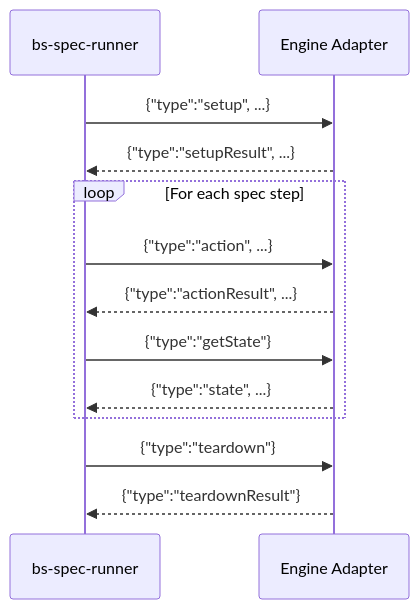
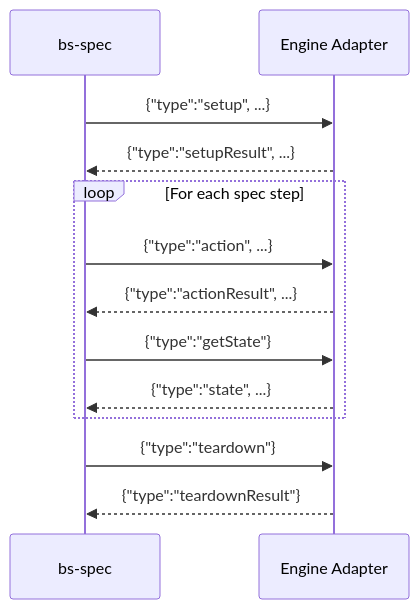
Before and after one commit to WarHub/battlescribe-spec: the diagram in docs/adapter-protocol.md, drawn with Mermaid. The commit also changed other lines of this file and 14 other files, not shown here.

First line of the commit message:
feat: delete bs-spec-runner; migrate consumers to bs-spec run --all (#271, PR 3/3) (#300)

````diff
--- a/docs/adapter-protocol.md
+++ b/docs/adapter-protocol.md
@@ -17,18 +17,18 @@
 ```mermaid
 sequenceDiagram
-    participant Runner as bs-spec-runner
+    participant Client as bs-spec
     participant Adapter as Engine Adapter
 
-    Runner->>Adapter: {"type":"setup", ...}
-    Adapter-->>Runner: {"type":"setupResult", ...}
+    Client->>Adapter: {"type":"setup", ...}
+    Adapter-->>Client: {"type":"setupResult", ...}
 
     loop For each spec step
-        Runner->>Adapter: {"type":"action", ...}
-        Adapter-->>Runner: {"type":"actionResult", ...}
-        Runner->>Adapter: {"type":"getState"}
-        Adapter-->>Runner: {"type":"state", ...}
+        Client->>Adapter: {"type":"action", ...}
+        Adapter-->>Client: {"type":"actionResult", ...}
+        Client->>Adapter: {"type":"getState"}
+        Adapter-->>Client: {"type":"state", ...}
     end
 
-    Runner->>Adapter: {"type":"teardown"}
-    Adapter-->>Runner: {"type":"teardownResult"}
+    Client->>Adapter: {"type":"teardown"}
+    Adapter-->>Client: {"type":"teardownResult"}
 ```
````
